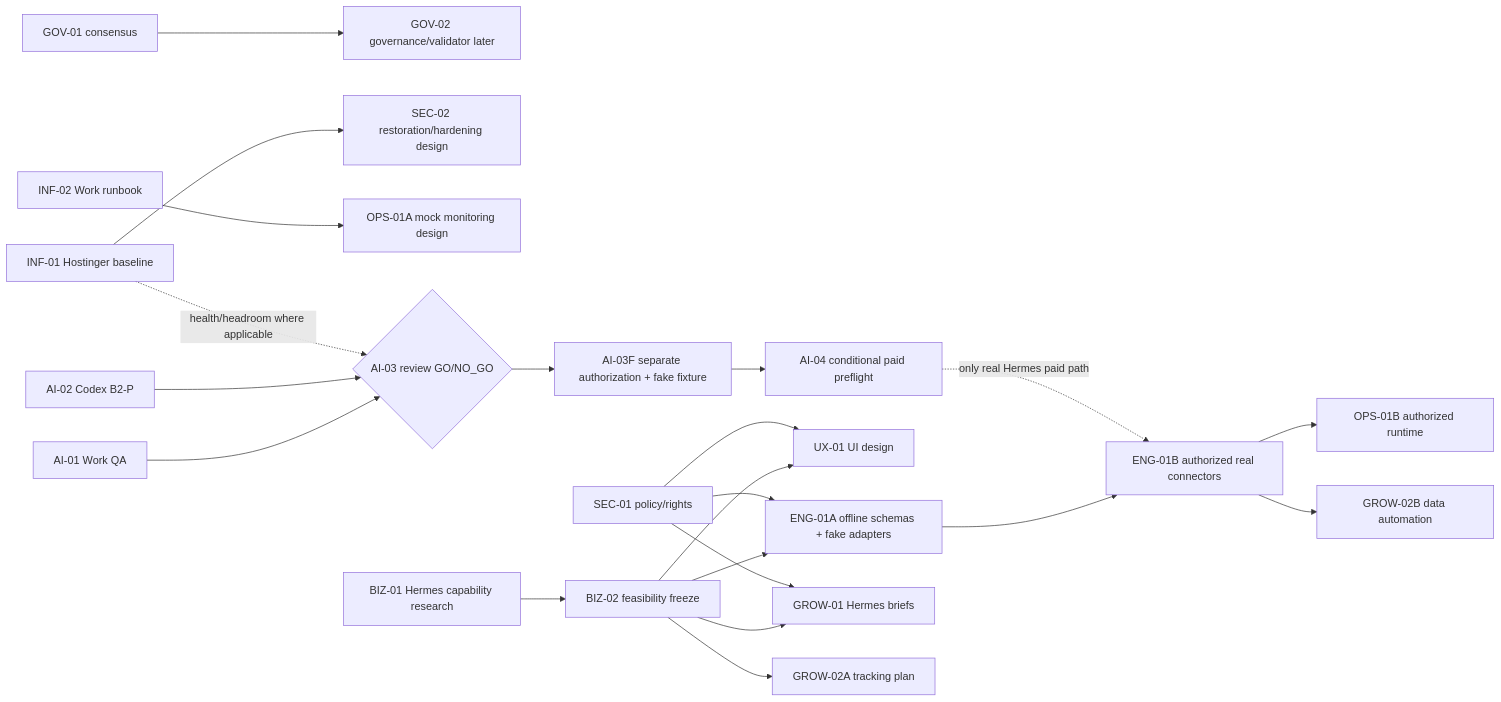
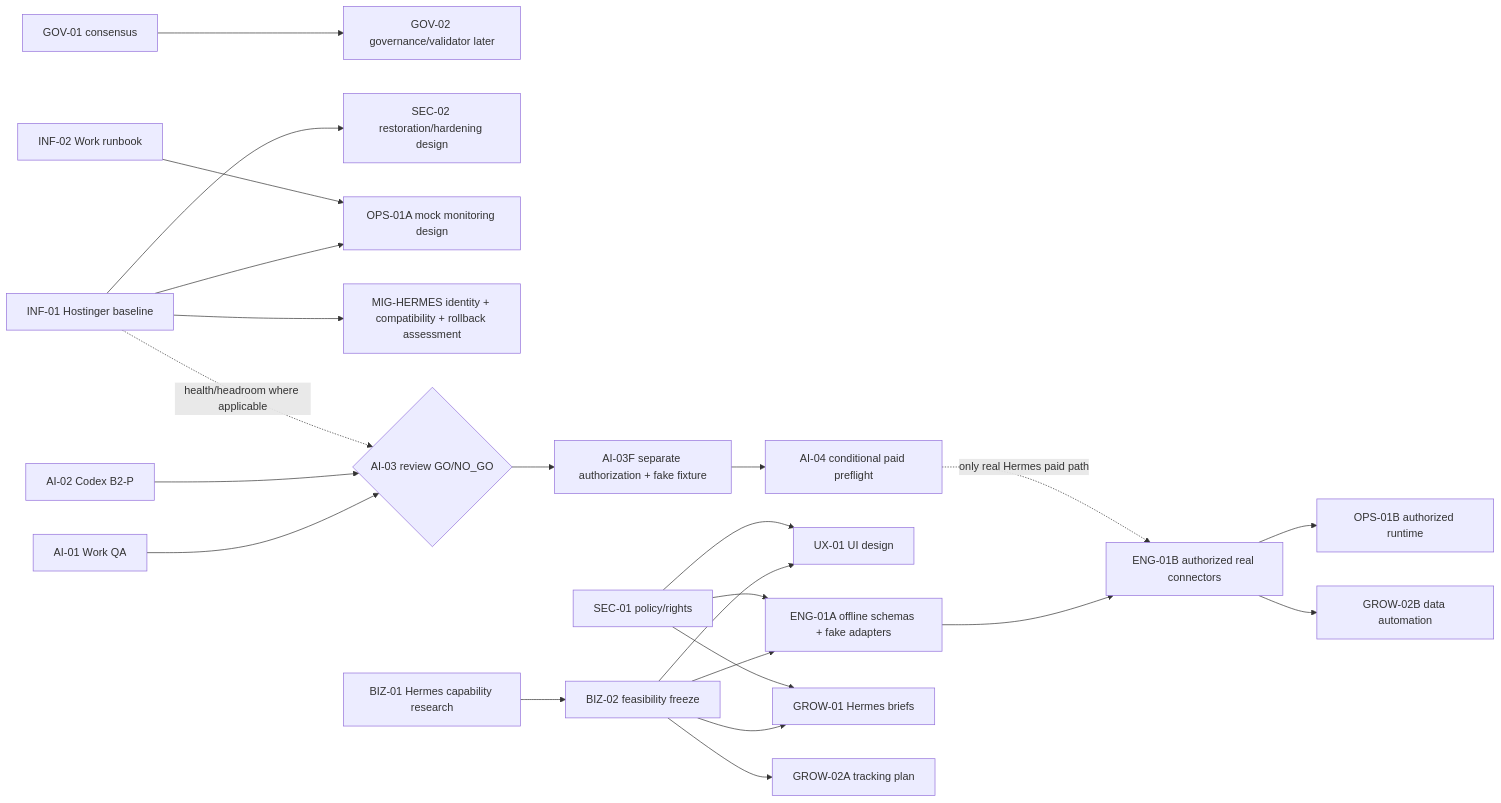
Before and after one commit to DuyKienTTD/Hosting: the diagram in tasks/2026-11-23-multi-agent-master-allocation-review.md, drawn with Mermaid. The commit also changed other lines of this file, not shown here.

Commit message:
docs: incorporate Hostinger ACK and four-agent review with migration assessment safety gate

````diff
--- a/tasks/2026-11-23-multi-agent-master-allocation-review.md
+++ b/tasks/2026-11-23-multi-agent-master-allocation-review.md
@@ -86,23 +87,25 @@
 ```mermaid
 flowchart LR
   GOV["GOV-01 consensus"] --> G2["GOV-02 governance/validator later"]
   INF["INF-01 Hostinger baseline"] --> SEC2["SEC-02 restoration/hardening design"]
+  INF --> OP1
+  INF --> MIG["MIG-HERMES identity + compatibility + rollback assessment"]
   W["INF-02 Work runbook"] --> OP1["OPS-01A mock monitoring design"]
   A1["AI-01 Work QA"] --> GATE{"AI-03 review GO/NO_GO"}
   A2["AI-02 Codex B2-P"] --> GATE
   INF -. "health/headroom where applicable" .-> GATE
   GATE --> FIX["AI-03F separate authorization + fake fixture"]
   FIX --> PAID["AI-04 conditional paid preflight"]
   B1["BIZ-01 Hermes capability research"] --> B2["BIZ-02 feasibility freeze"]
   B2 --> UX["UX-01 UI design"]
   B2 --> ENGA["ENG-01A offline schemas + fake adapters"]
   B2 --> GR["GROW-01 Hermes briefs"]
   B2 --> TRACK["GROW-02A tracking plan"]
   SEC["SEC-01 policy/rights"] --> UX
   SEC --> ENGA
   SEC --> GR
   ENGA --> ENGB["ENG-01B authorized real connectors"]
   PAID -. "only real Hermes paid path" .-> ENGB
   ENGB --> OPB["OPS-01B authorized runtime"]
   ENGB --> REPORT["GROW-02B data automation"]
 ```
````
